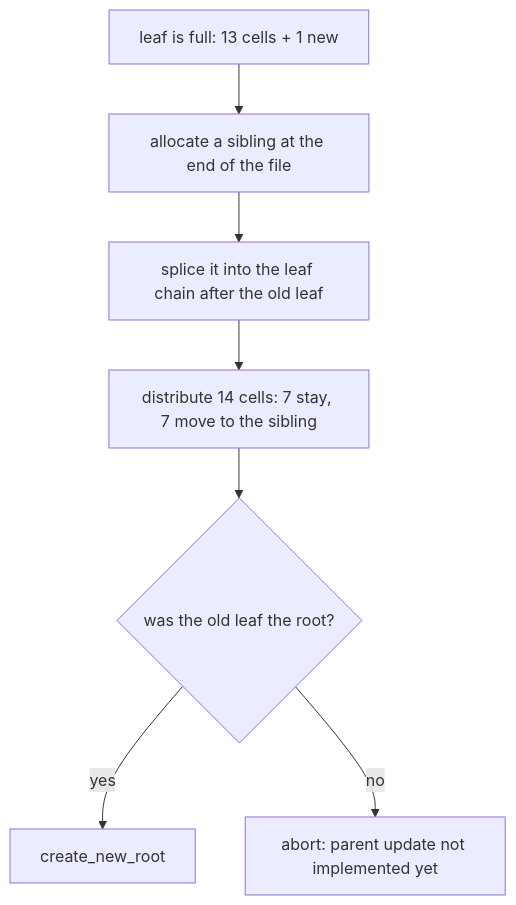
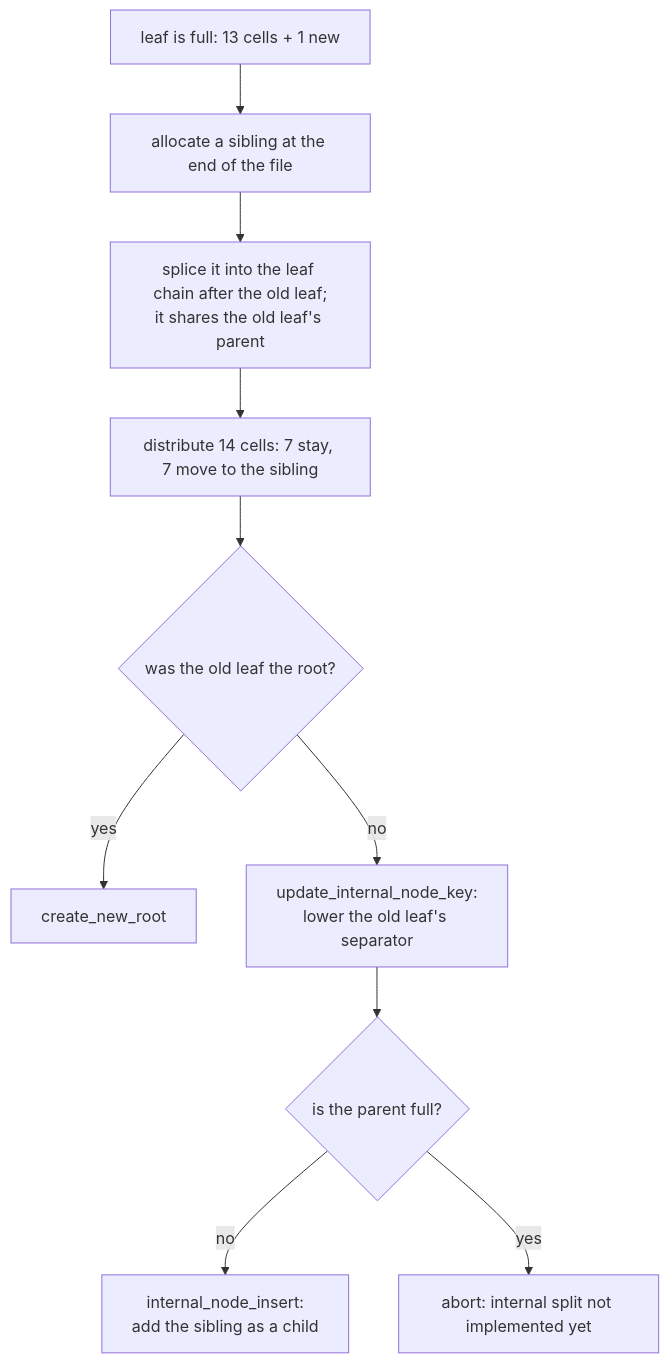
The eighth of 18 diagrams in README.md (Rohitangshu2026/mini-sql), drawn with Mermaid before and after one commit. The commit also changed other lines of this file, not shown here.

First line of the commit message:
docs: describe parent updates after a split in the README

````diff
--- a/README.md
+++ b/README.md
@@ -482,9 +489,12 @@
 ```mermaid
 flowchart TD
     A["leaf is full: 13 cells + 1 new"] --> B["allocate a sibling at the end of the file"]
-    B --> C["splice it into the leaf chain after the old leaf"]
+    B --> C["splice it into the leaf chain after the old leaf;<br/>it shares the old leaf's parent"]
     C --> D["distribute 14 cells: 7 stay, 7 move to the sibling"]
     D --> E{was the old leaf the root?}
     E -->|yes| F["create_new_root"]
-    E -->|no| G["abort: parent update not implemented yet"]
+    E -->|no| G["update_internal_node_key:<br/>lower the old leaf's separator"]
+    G --> H{is the parent full?}
+    H -->|no| I["internal_node_insert:<br/>add the sibling as a child"]
+    H -->|yes| J["abort: internal split not implemented yet"]
 ```
````
